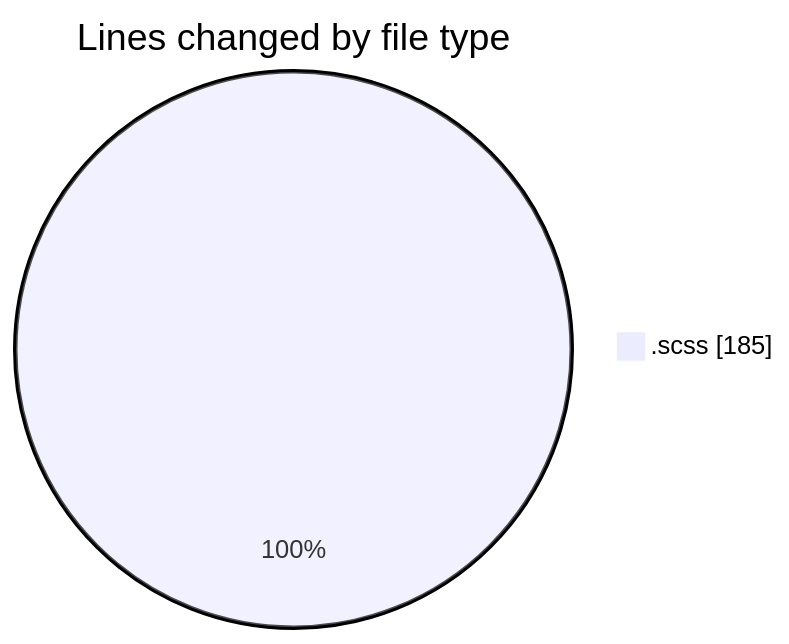
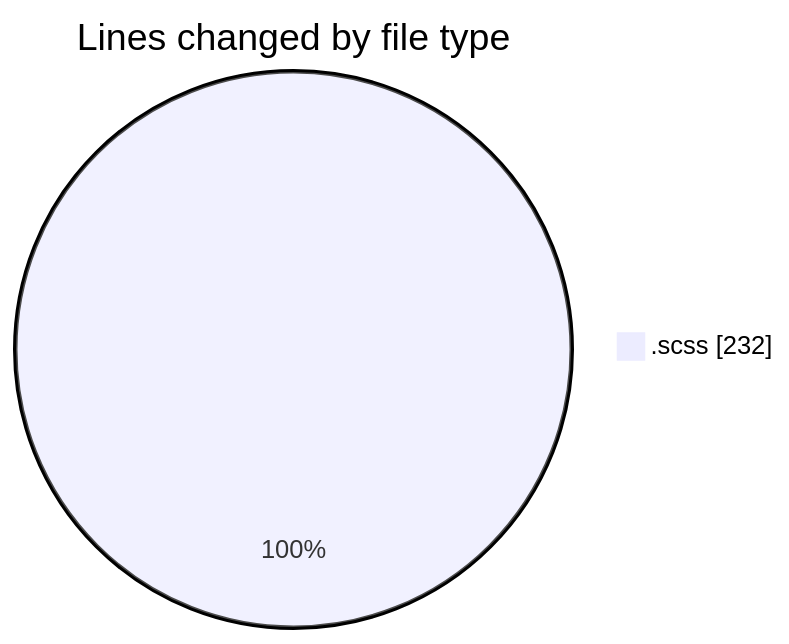
The first of 2 diagrams in 2025-03-02/cda/README.md (momahboobian/code-tracking), drawn with Mermaid before and after one commit. The commit also changed other lines of this file and 1 other file, not shown here.

````diff
--- a/2025-03-02/cda/README.md
+++ b/2025-03-02/cda/README.md
@@ -21,5 +21,5 @@
 ```mermaid
 pie showData
 title Lines changed by file type
-".scss" : 185
+".scss" : 232
 ```
````
